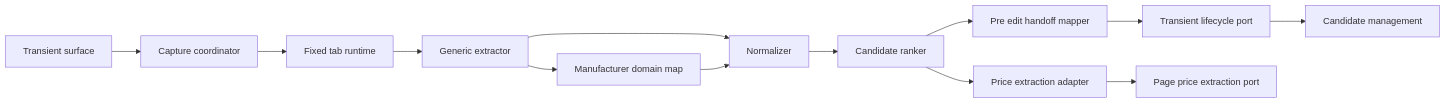
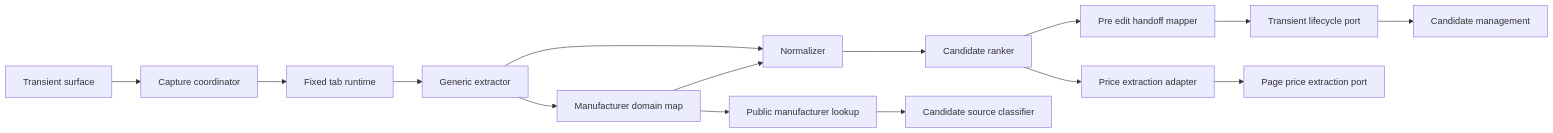
The first of 3 diagrams in .kiro/specs/product-page-capture/design.md (Huruikagi/pc-build-planner), drawn with Mermaid before and after one commit. The commit also changed other lines of this file and 30 other files, not shown here.

````diff
--- a/.kiro/specs/product-page-capture/design.md
+++ b/.kiro/specs/product-page-capture/design.md
@@ -72,15 +74,17 @@
 ```mermaid
 graph LR
     Surface[Transient surface] --> Coordinator[Capture coordinator]
     Coordinator --> Runtime[Fixed tab runtime]
     Runtime --> Extractor[Generic extractor]
     Extractor --> DomainMap[Manufacturer domain map]
     Extractor --> Normalizer[Normalizer]
     DomainMap --> Normalizer
     Normalizer --> Ranker[Candidate ranker]
     Ranker --> Handoff[Pre edit handoff mapper]
     Handoff --> Lifecycle[Transient lifecycle port]
     Lifecycle --> Candidates[Candidate management]
     Ranker --> PriceAdapter[Price extraction adapter]
     PriceAdapter --> PricePort[Page price extraction port]
+    DomainMap --> DomainLookup[Public manufacturer lookup]
+    DomainLookup --> SourceClassifier[Candidate source classifier]
 ```
````
